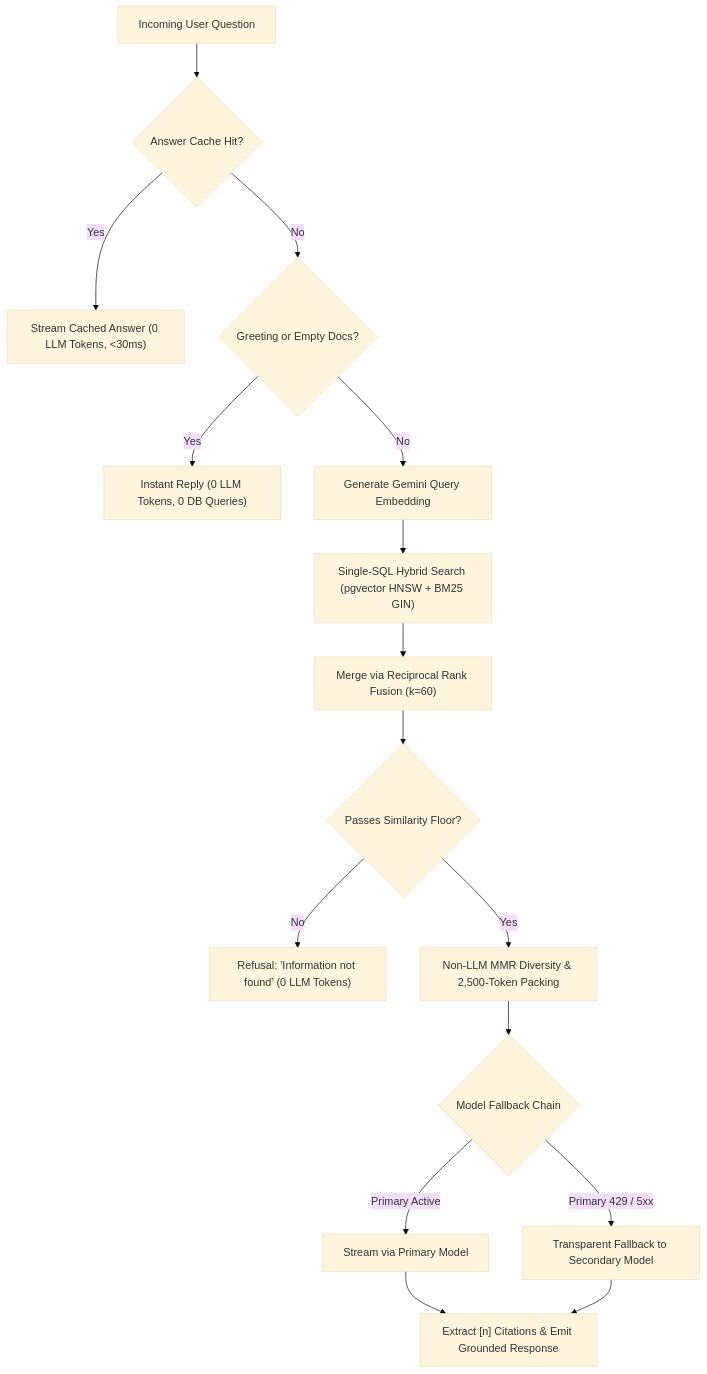
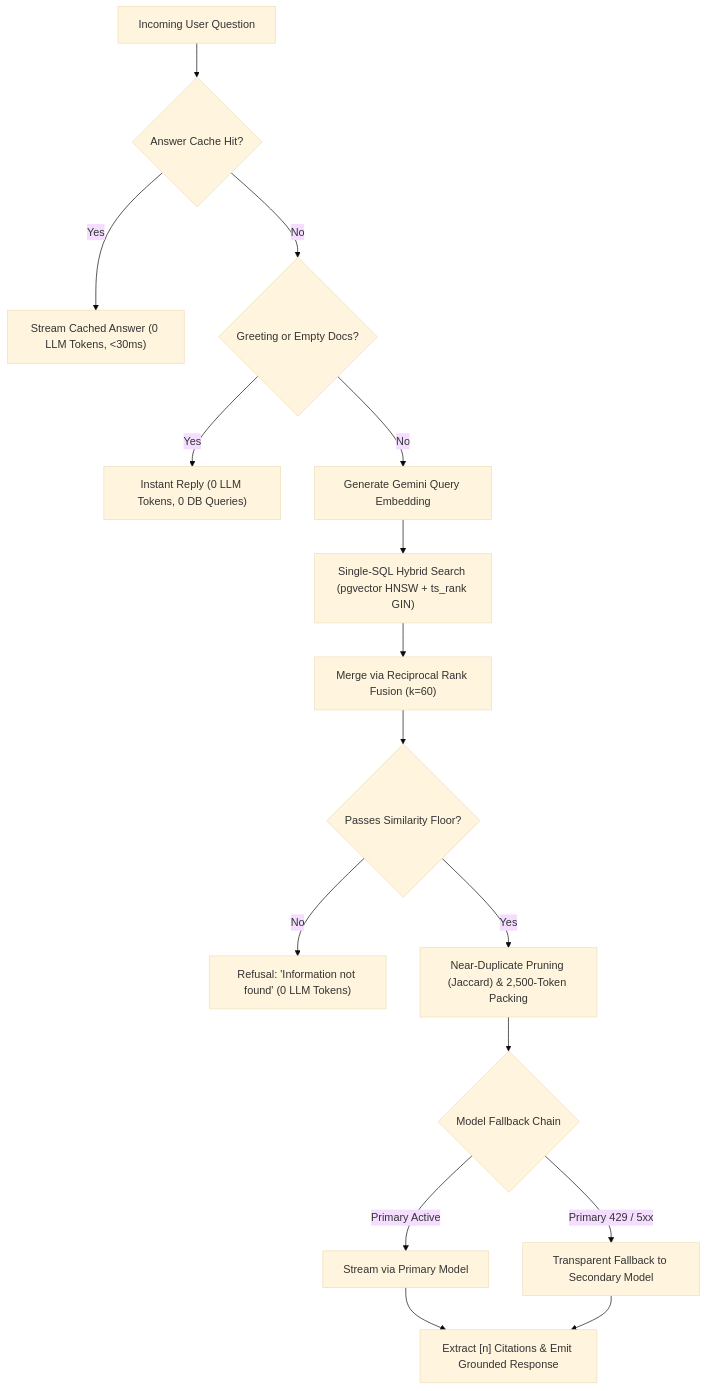
The second of 2 diagrams in README.md (nitin7414/knowledgebase), drawn with Mermaid (base theme) before and after one commit. The commit also changed other lines of this file, not shown here.

````diff
--- a/README.md
+++ b/README.md
@@ -76,18 +79,18 @@
 ```mermaid
 flowchart TD
     UserQuery["Incoming User Question"] --> AnswerCache{"Answer Cache Hit?"}
     AnswerCache -->|Yes| StreamCached["Stream Cached Answer (0 LLM Tokens, <30ms)"]
     AnswerCache -->|No| Heuristic{"Greeting or Empty Docs?"}
     Heuristic -->|Yes| FastReply["Instant Reply (0 LLM Tokens, 0 DB Queries)"]
     Heuristic -->|No| QueryVector["Generate Gemini Query Embedding"]
-    QueryVector --> HybridSQL["Single-SQL Hybrid Search (pgvector HNSW + BM25 GIN)"]
+    QueryVector --> HybridSQL["Single-SQL Hybrid Search (pgvector HNSW + ts_rank GIN)"]
     HybridSQL --> RRF["Merge via Reciprocal Rank Fusion (k=60)"]
     RRF --> Threshold{"Passes Similarity Floor?"}
     Threshold -->|No| Refuse["Refusal: 'Information not found' (0 LLM Tokens)"]
-    Threshold -->|Yes| MMR["Non-LLM MMR Diversity & 2,500-Token Packing"]
-    MMR --> ModelChain{"Model Fallback Chain"}
+    Threshold -->|Yes| Dedupe["Near-Duplicate Pruning (Jaccard) & 2,500-Token Packing"]
+    Dedupe --> ModelChain{"Model Fallback Chain"}
     ModelChain -->|Primary Active| ModelA["Stream via Primary Model"]
     ModelChain -->|Primary 429 / 5xx| ModelB["Transparent Fallback to Secondary Model"]
     ModelA --> ParseCitations["Extract [n] Citations & Emit Grounded Response"]
     ModelB --> ParseCitations
 ```
````
